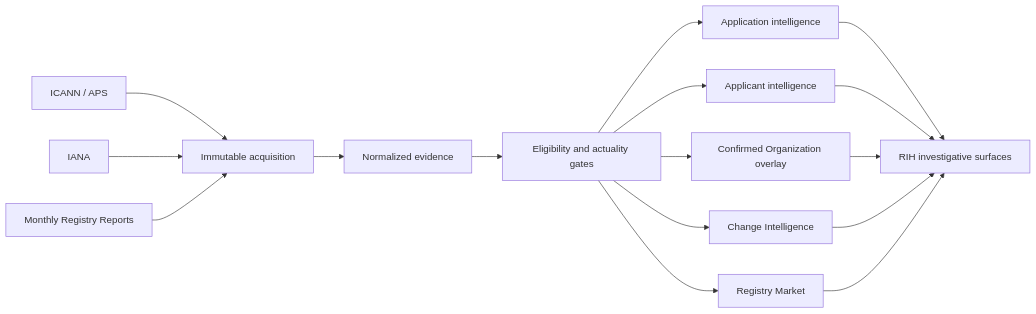
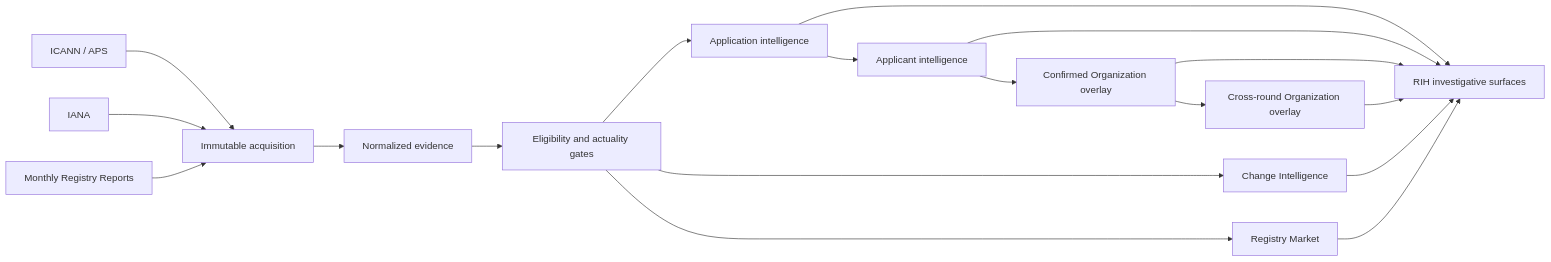
The diagram in README.md (S-Pillow/registry-intelligence-hub), drawn with Mermaid before and after one commit. The commit also changed other lines of this file, not shown here.

Commit message:
fix(readme): harden organization and production-state semantics

````diff
--- a/README.md
+++ b/README.md
@@ -92,18 +92,20 @@
 ```mermaid
 flowchart LR
   ICANN["ICANN / APS"] --> ACQ["Immutable acquisition"]
   IANA["IANA"] --> ACQ
   MRR["Monthly Registry Reports"] --> ACQ
   ACQ --> NORM["Normalized evidence"]
   NORM --> ELIG["Eligibility and actuality gates"]
   ELIG --> APP["Application intelligence"]
-  ELIG --> APPLICANT["Applicant intelligence"]
-  ELIG --> ORG["Confirmed Organization overlay"]
+  APP --> APPLICANT["Applicant intelligence"]
+  APPLICANT --> ORG["Confirmed Organization overlay"]
+  ORG --> CROSSORG["Cross-round Organization overlay"]
   ELIG --> CHANGE["Change Intelligence"]
   ELIG --> MARKET["Registry Market"]
   APP --> UI["RIH investigative surfaces"]
   APPLICANT --> UI
   ORG --> UI
+  CROSSORG --> UI
   CHANGE --> UI
   MARKET --> UI
 ```
````
